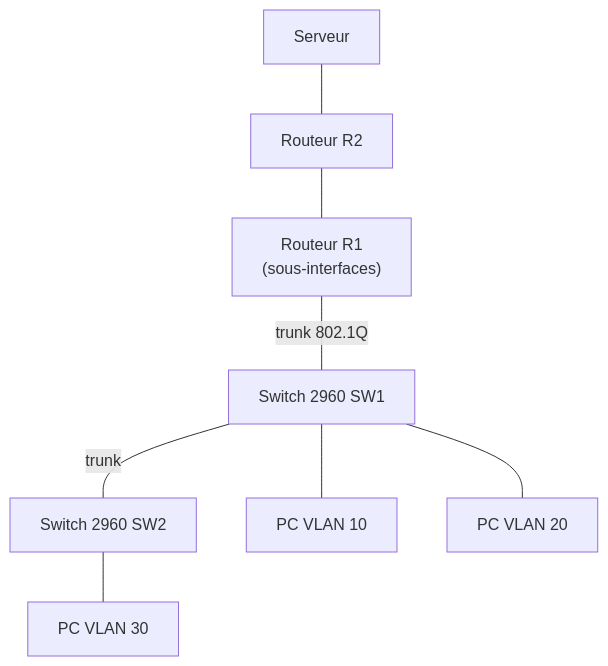
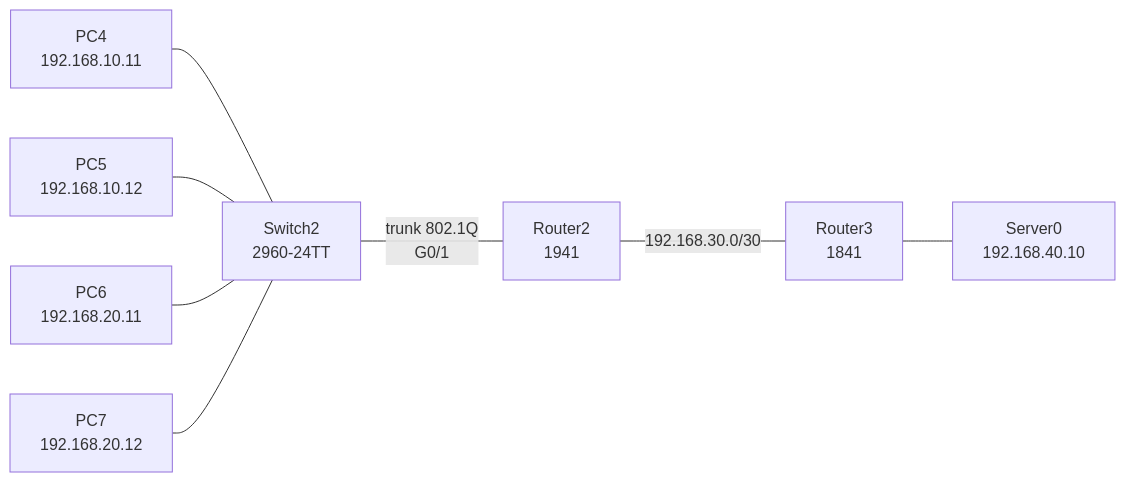
Before and after one commit to EvanBienvenu/vlan-routage-intervlan: the diagram in README.md, drawn with Mermaid. The commit also changed other lines of this file, not shown here.

````diff
--- a/README.md
+++ b/README.md
@@ -20,10 +21,10 @@
 ```mermaid
-graph TD
-    S["Serveur"] --- R2["Routeur R2"]
-    R2 --- R1["Routeur R1<br/>(sous-interfaces)"]
-    R1 -- "trunk 802.1Q" --- SW1["Switch 2960 SW1"]
-    SW1 -- "trunk" --- SW2["Switch 2960 SW2"]
-    SW1 --- PC1["PC VLAN 10"]
-    SW1 --- PC2["PC VLAN 20"]
-    SW2 --- PC3["PC VLAN 30"]
+graph LR
+    PC4["PC4<br/>192.168.10.11"] --- SW
+    PC5["PC5<br/>192.168.10.12"] --- SW
+    PC6["PC6<br/>192.168.20.11"] --- SW
+    PC7["PC7<br/>192.168.20.12"] --- SW
+    SW["Switch2<br/>2960-24TT"] -- "trunk 802.1Q<br/>G0/1" --- R2["Router2<br/>1941"]
+    R2 -- "192.168.30.0/30" --- R3["Router3<br/>1841"]
+    R3 --- SRV["Server0<br/>192.168.40.10"]
 ```
````
